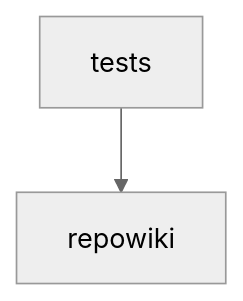
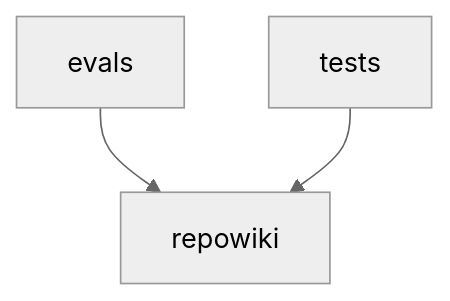
The diagram in dependencies.md (he-yufeng/RepoWiki), drawn with Mermaid (neutral theme) before and after one commit. The commit also changed other lines of this file and 14 other files, not shown here.

````diff
--- a/dependencies.md
+++ b/dependencies.md
@@ -3,4 +3,5 @@
 ```mermaid
 graph TD
+  evals[evals] --> repowiki[repowiki]
   tests[tests] --> repowiki[repowiki]
 ```
````
